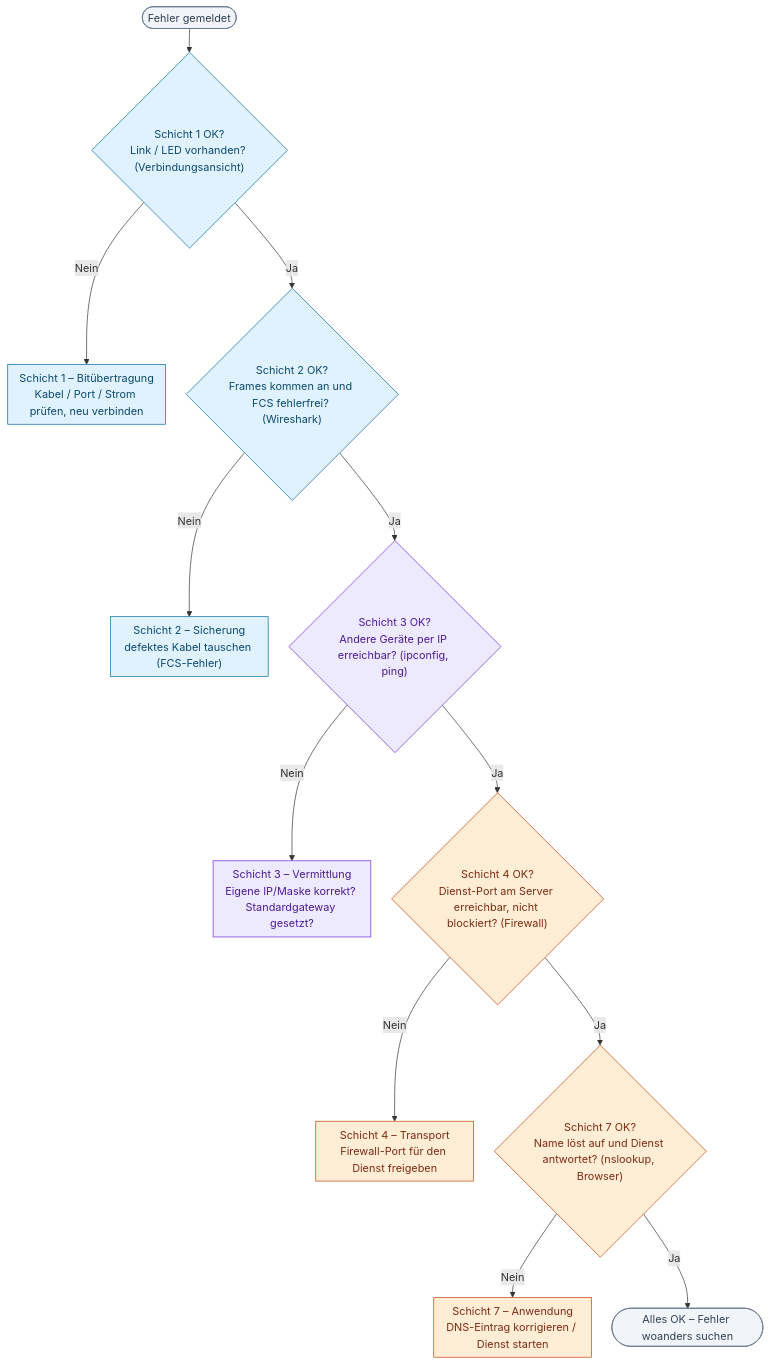
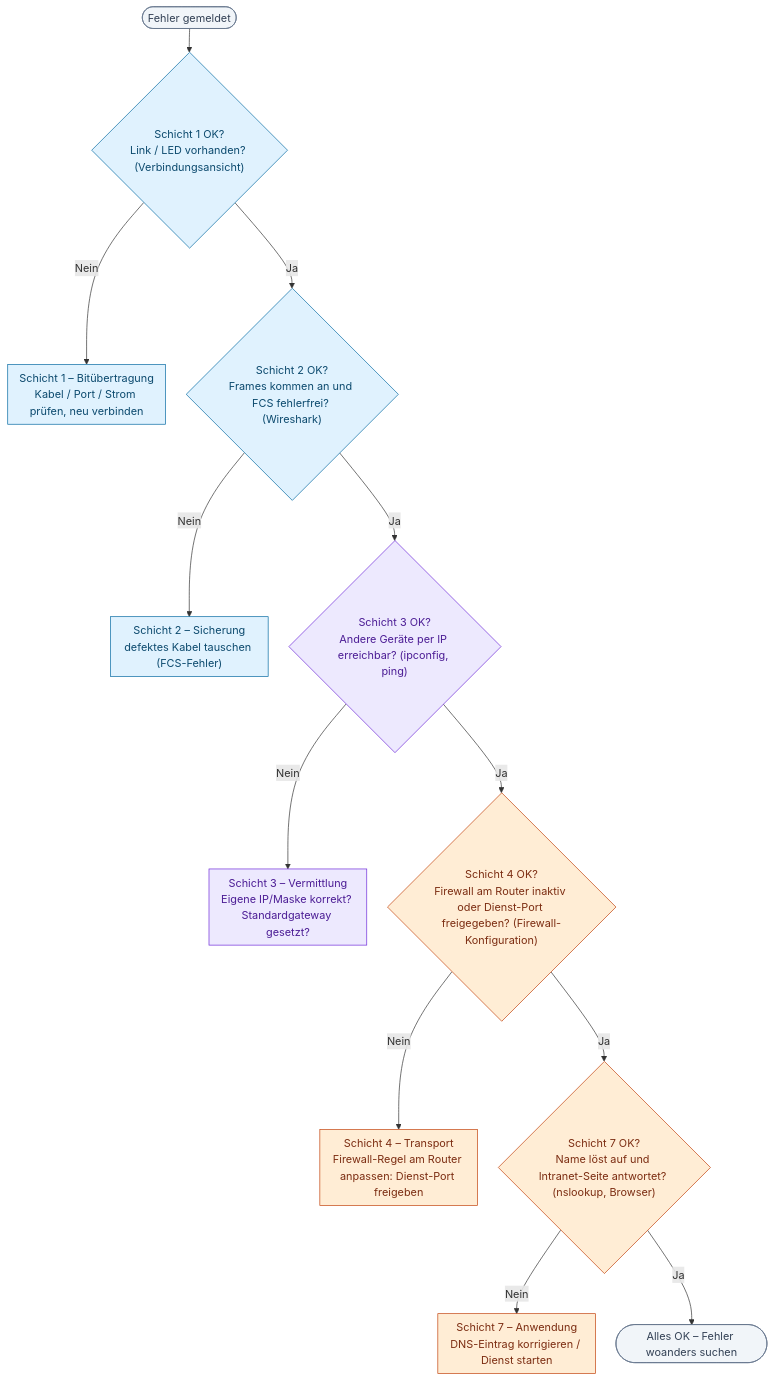
Before and after one commit to mamrehn/b3_support_ticket_system: the first of 2 diagrams in info-sheet-troubleshooting.md, drawn with Mermaid. The commit also changed other lines of this file and 8 other files, not shown here.

````diff
--- a/info-sheet-troubleshooting.md
+++ b/info-sheet-troubleshooting.md
@@ -28,24 +32,24 @@
 ```mermaid
 %%{init: {"flowchart": {"nodeSpacing": 30, "rankSpacing": 35, "diagramPadding": 4, "padding": 8}} }%%
 flowchart TD
   A(["Fehler gemeldet"]) --> S1{"Schicht 1 OK?<br/>Link / LED vorhanden? (Verbindungsansicht)"}
   S1 -- "Nein" --> F1["Schicht 1 – Bitübertragung<br/>Kabel / Port / Strom prüfen, neu verbinden"]
   S1 -- "Ja" --> S2{"Schicht 2 OK?<br/>Frames kommen an und FCS fehlerfrei? (Wireshark)"}
   S2 -- "Nein" --> F2["Schicht 2 – Sicherung<br/>defektes Kabel tauschen (FCS-Fehler)"]
   S2 -- "Ja" --> S3{"Schicht 3 OK?<br/>Andere Geräte per IP erreichbar? (ipconfig, ping)"}
   S3 -- "Nein" --> F3["Schicht 3 – Vermittlung<br/>Eigene IP/Maske korrekt? Standardgateway gesetzt?"]
-  S3 -- "Ja" --> S4{"Schicht 4 OK?<br/>Dienst-Port am Server erreichbar, nicht blockiert? (Firewall)"}
-  S4 -- "Nein" --> F4["Schicht 4 – Transport<br/>Firewall-Port für den Dienst freigeben"]
-  S4 -- "Ja" --> S7{"Schicht 7 OK?<br/>Name löst auf und Dienst antwortet? (nslookup, Browser)"}
+  S3 -- "Ja" --> S4{"Schicht 4 OK?<br/>Firewall am Router inaktiv oder Dienst-Port freigegeben? (Firewall-Konfiguration)"}
+  S4 -- "Nein" --> F4["Schicht 4 – Transport<br/>Firewall-Regel am Router anpassen: Dienst-Port freigeben"]
+  S4 -- "Ja" --> S7{"Schicht 7 OK?<br/>Name löst auf und Intranet-Seite antwortet? (nslookup, Browser)"}
   S7 -- "Nein" --> F7["Schicht 7 – Anwendung<br/>DNS-Eintrag korrigieren / Dienst starten"]
   S7 -- "Ja" --> OK(["Alles OK – Fehler woanders suchen"])
 
   classDef low fill:#e0f2fe,stroke:#0369a1,color:#0c4a6e;
   classDef mid fill:#ede9fe,stroke:#6d28d9,color:#4c1d95;
   classDef app fill:#ffedd5,stroke:#c2410c,color:#7c2d12;
   classDef neu fill:#f1f5f9,stroke:#64748b,color:#334155;
   class S1,S2,F1,F2 low
   class S3,F3 mid
   class S4,S7,F4,F7 app
   class A,OK neu
 ```
````
